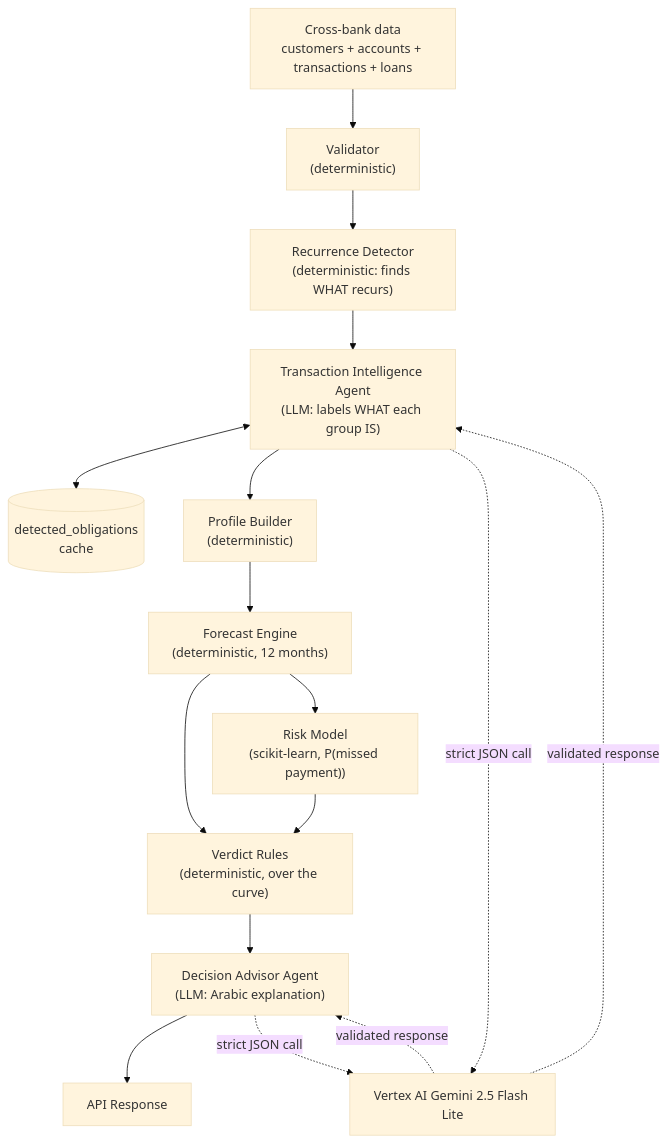
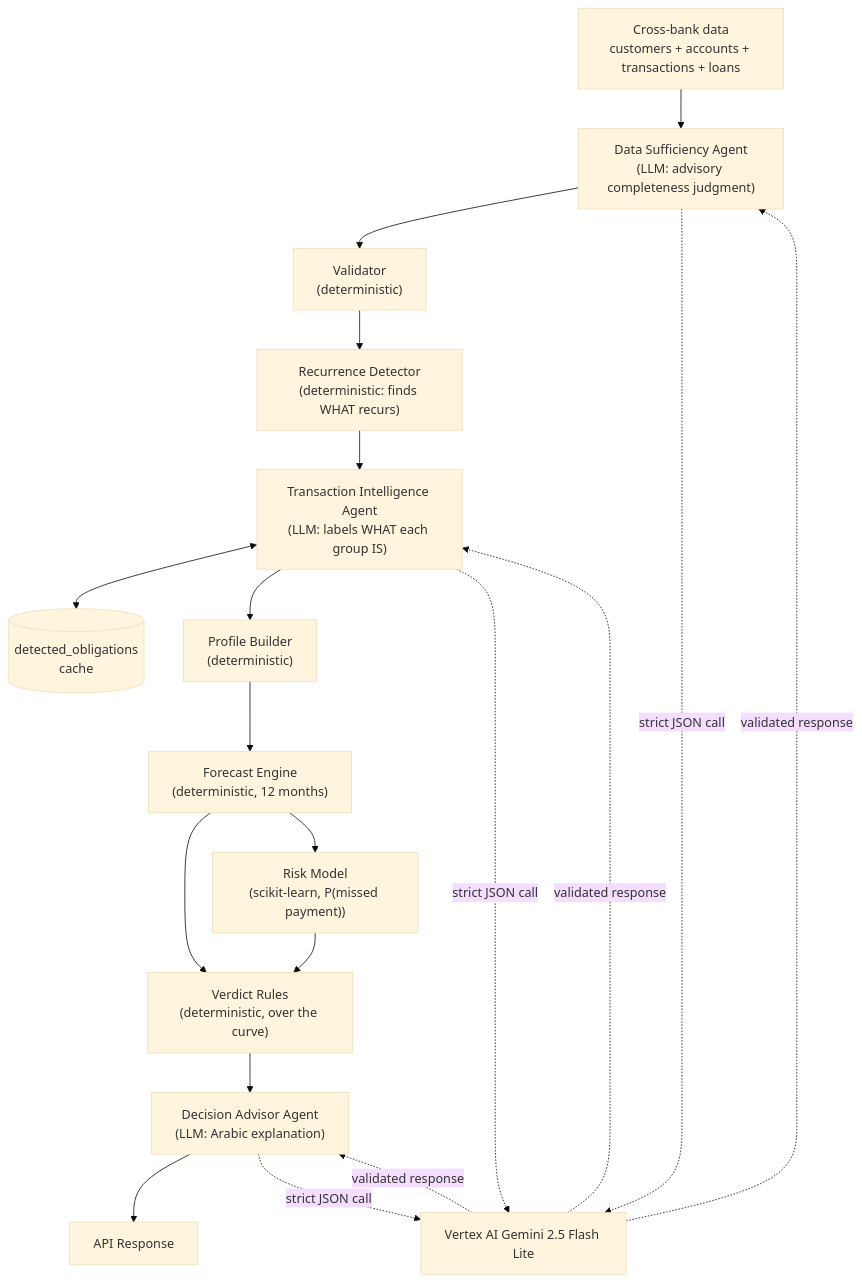
The first of 2 diagrams in Agentic-Workflow.md (krrizzer/edraak), drawn with Mermaid (base theme) before and after one commit. The commit also changed other lines of this file and 70 other files, not shown here.

````diff
--- a/Agentic-Workflow.md
+++ b/Agentic-Workflow.md
@@ -9,26 +14,29 @@
 ```mermaid
 flowchart TD
     A["Cross-bank data<br/>customers + accounts + transactions + loans"]
+    DS["Data Sufficiency Agent<br/>(LLM: advisory completeness judgment)"]
     V["Validator<br/>(deterministic)"]
     RD["Recurrence Detector<br/>(deterministic: finds WHAT recurs)"]
     TI["Transaction Intelligence Agent<br/>(LLM: labels WHAT each group IS)"]
     Cache[("detected_obligations<br/>cache")]
     PB["Profile Builder<br/>(deterministic)"]
     FE["Forecast Engine<br/>(deterministic, 12 months)"]
     RM["Risk Model<br/>(scikit-learn, P(missed payment))"]
     VR["Verdict Rules<br/>(deterministic, over the curve)"]
     DA["Decision Advisor Agent<br/>(LLM: Arabic explanation)"]
     R["API Response"]
     L["Vertex AI Gemini 2.5 Flash Lite"]
 
-    A --> V --> RD --> TI
+    A --> DS --> V --> RD --> TI
     TI <--> Cache
     TI --> PB --> FE --> VR
     FE --> RM --> VR
     VR --> DA --> R
 
     TI -. strict JSON call .-> L
+    DS -. strict JSON call .-> L
     DA -. strict JSON call .-> L
     L -. validated response .-> TI
+    L -. validated response .-> DS
     L -. validated response .-> DA
 ```
````
